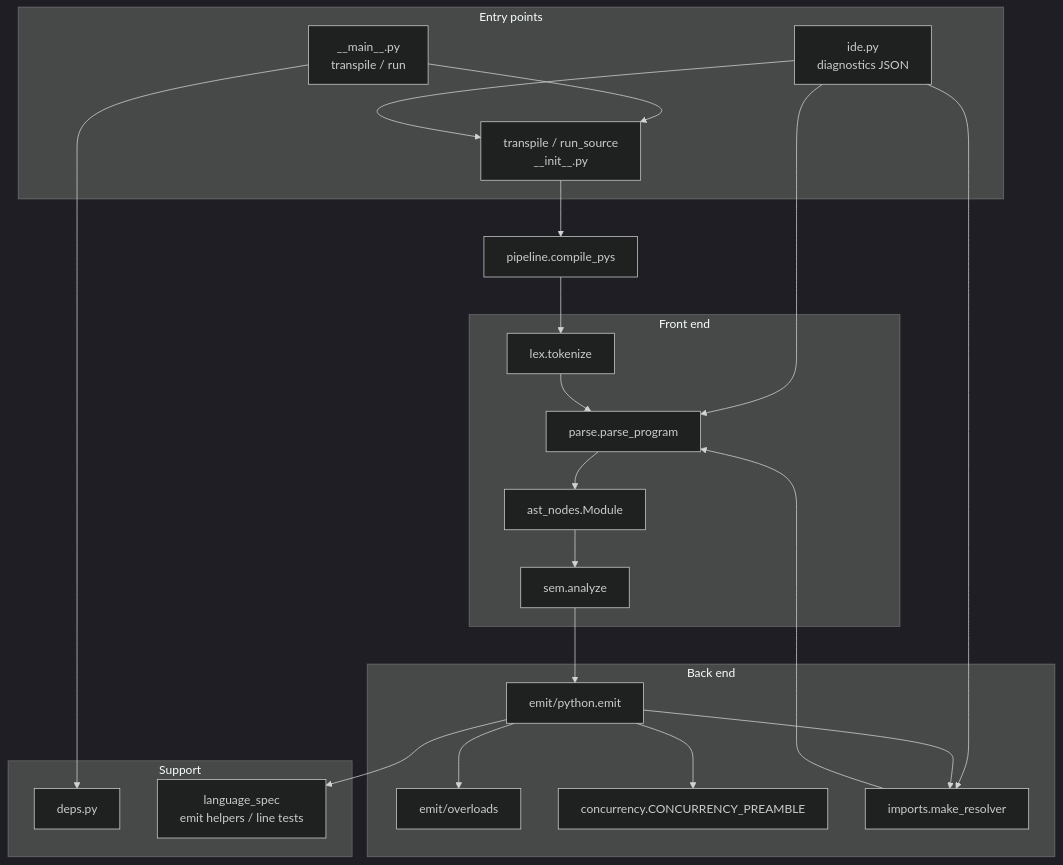
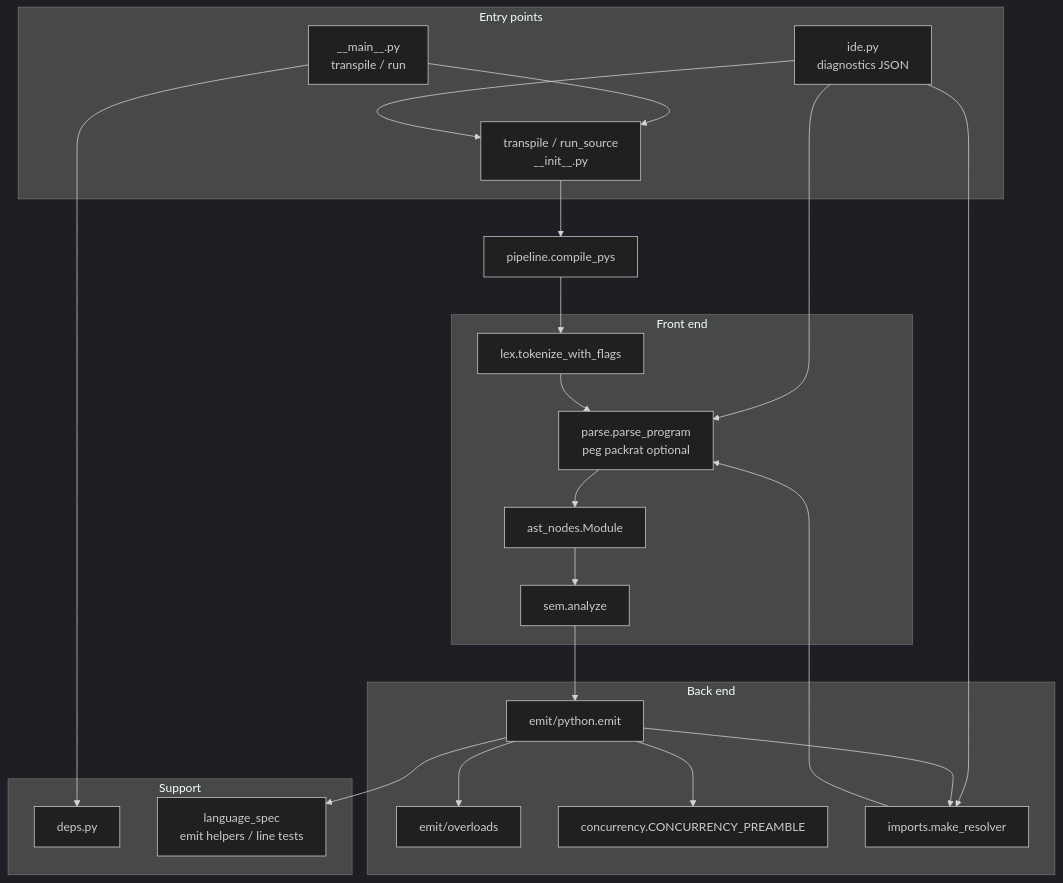
Before and after one commit to remideboer/pys: the second of 7 diagrams in docs/ARCHITECTURE.md, drawn with Mermaid (dark theme). The commit also changed other lines of this file and 27 other files, not shown here.

````diff
--- a/docs/ARCHITECTURE.md
+++ b/docs/ARCHITECTURE.md
@@ -47,40 +47,40 @@
 ```mermaid
 flowchart TB
   subgraph entry [Entry points]
     Main["__main__.py<br/>transpile / run"]
     Public["transpile / run_source<br/>__init__.py"]
     Ide["ide.py<br/>diagnostics JSON"]
   end
 
   subgraph front [Front end]
-    Lex["lex.tokenize"]
-    Parse["parse.parse_program"]
+    Lex["lex.tokenize_with_flags"]
+    Parse["parse.parse_program<br/>peg packrat optional"]
     AST["ast_nodes.Module"]
     Sem["sem.analyze"]
   end
 
   subgraph back [Back end]
     Emit["emit/python.emit"]
     Over["emit/overloads"]
     Conc["concurrency.CONCURRENCY_PREAMBLE"]
     Imp["imports.make_resolver"]
   end
 
   subgraph support [Support]
     Deps["deps.py"]
     Spec["language_spec<br/>emit helpers / line tests"]
   end
 
   Main --> Public
   Main --> Deps
   Ide --> Public
   Ide --> Imp
   Ide --> Parse
   Public --> Pipe["pipeline.compile_pys"]
   Pipe --> Lex --> Parse --> AST --> Sem --> Emit
   Emit --> Over
   Emit --> Conc
   Emit --> Imp
   Emit --> Spec
   Imp --> Parse
 ```
````
